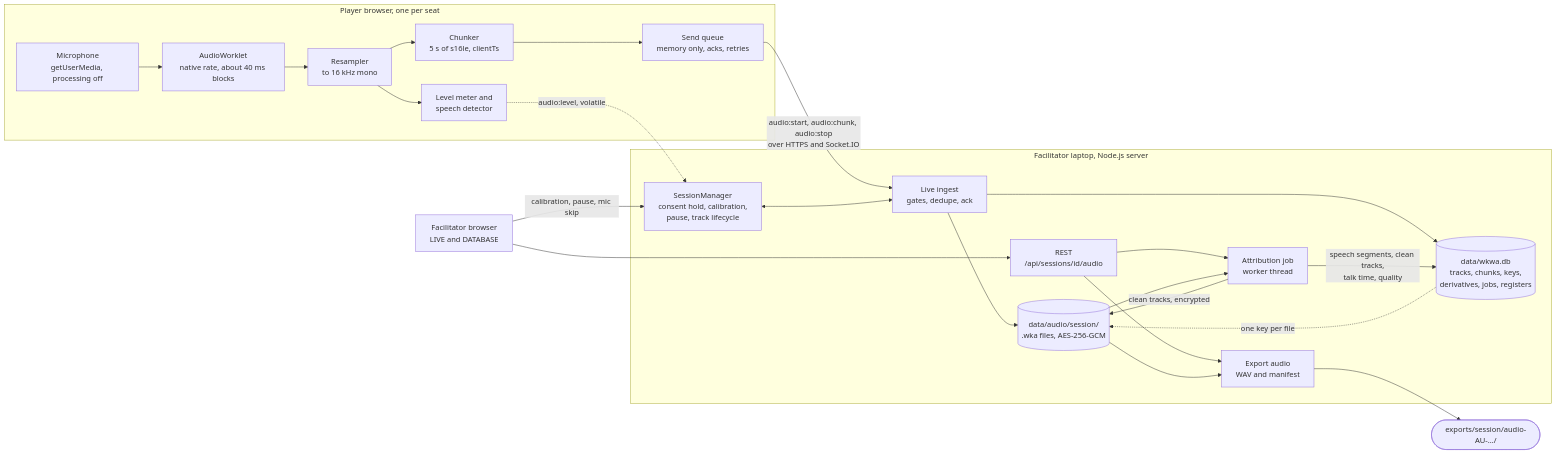
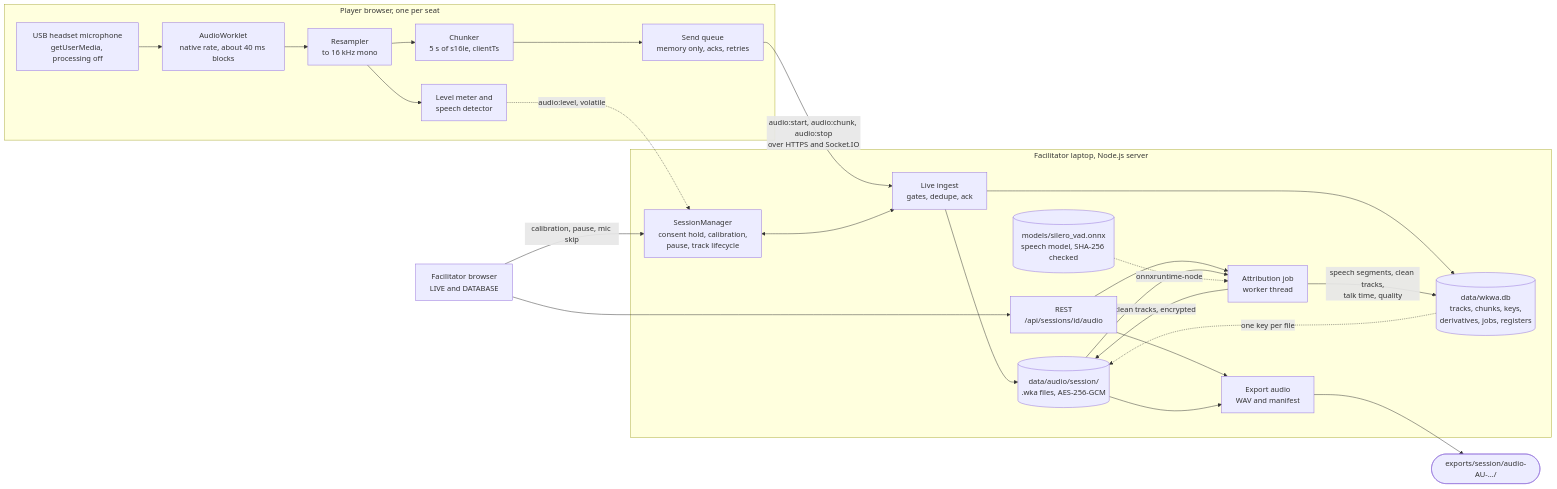
Before and after one commit to xy-zak/WhoKnowsWhoActs: the first of 11 diagrams in docs/AUDIO.md, drawn with Mermaid. The commit also changed other lines of this file and 16 other files, not shown here.

First line of the commit message:
Docs: headset gate engine, speech model, storage fixes

````diff
--- a/docs/AUDIO.md
+++ b/docs/AUDIO.md
@@ -61,38 +65,40 @@
 ```mermaid
 flowchart LR
   subgraph Browser["Player browser, one per seat"]
-    MIC["Microphone<br/>getUserMedia, processing off"]
+    MIC["USB headset microphone<br/>getUserMedia, processing off"]
     WK["AudioWorklet<br/>native rate, about 40 ms blocks"]
     RS["Resampler<br/>to 16 kHz mono"]
     CH["Chunker<br/>5 s of s16le, clientTs"]
     Q["Send queue<br/>memory only, acks, retries"]
     LV["Level meter and<br/>speech detector"]
     MIC --> WK --> RS --> CH --> Q
     RS --> LV
   end
   subgraph Server["Facilitator laptop, Node.js server"]
     ING["Live ingest<br/>gates, dedupe, ack"]
     SM["SessionManager<br/>consent hold, calibration,<br/>pause, track lifecycle"]
     STORE[("data/audio/session/<br/>.wka files, AES-256-GCM")]
     DB[("data/wkwa.db<br/>tracks, chunks, keys,<br/>derivatives, jobs, registers")]
     JOB["Attribution job<br/>worker thread"]
+    VAD[("models/silero_vad.onnx<br/>speech model, SHA-256 checked")]
     EXP["Export audio<br/>WAV and manifest"]
     API["REST<br/>/api/sessions/id/audio"]
   end
   FAC["Facilitator browser<br/>LIVE and DATABASE"]
   Q -->|"audio:start, audio:chunk, audio:stop<br/>over HTTPS and Socket.IO"| ING
   LV -.->|"audio:level, volatile"| SM
   SM <--> ING
   ING --> STORE
   ING --> DB
   DB -.->|"one key per file"| STORE
   FAC -->|"calibration, pause, mic skip"| SM
   FAC --> API
   API --> JOB
   STORE --> JOB
+  VAD -.->|"onnxruntime-node"| JOB
   JOB -->|"speech segments, clean tracks,<br/>talk time, quality"| DB
   JOB -->|"clean tracks, encrypted"| STORE
   API --> EXP
   STORE --> EXP
   EXP --> OUT(["exports/session/audio-AU-…/"])
 ```
````
